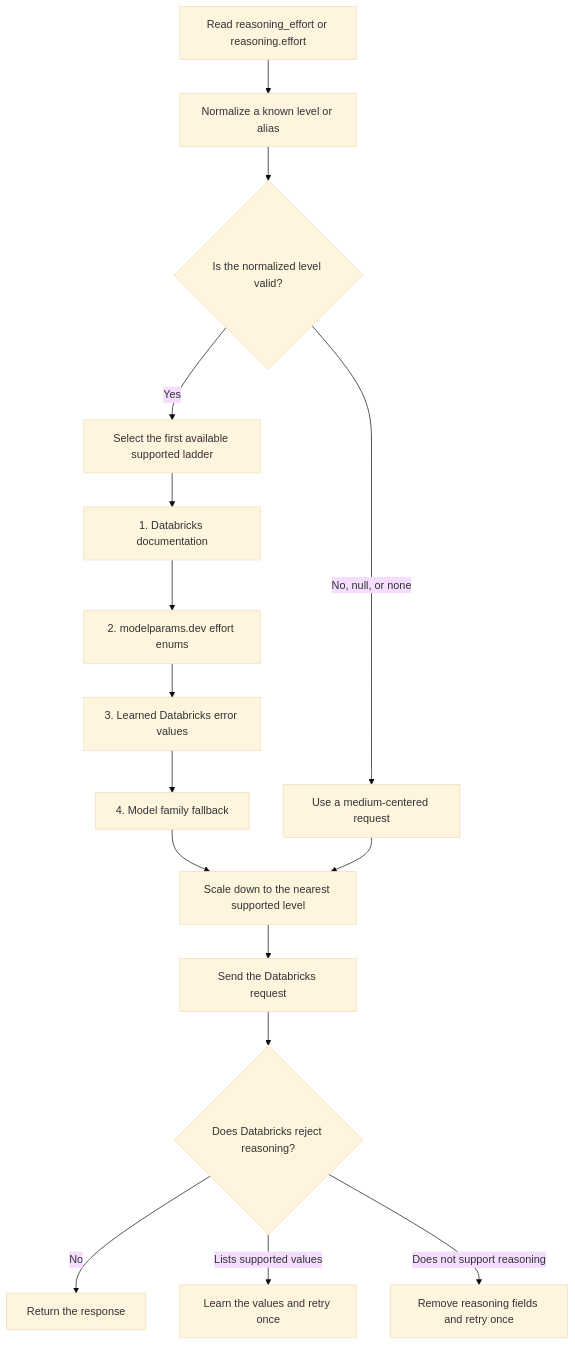
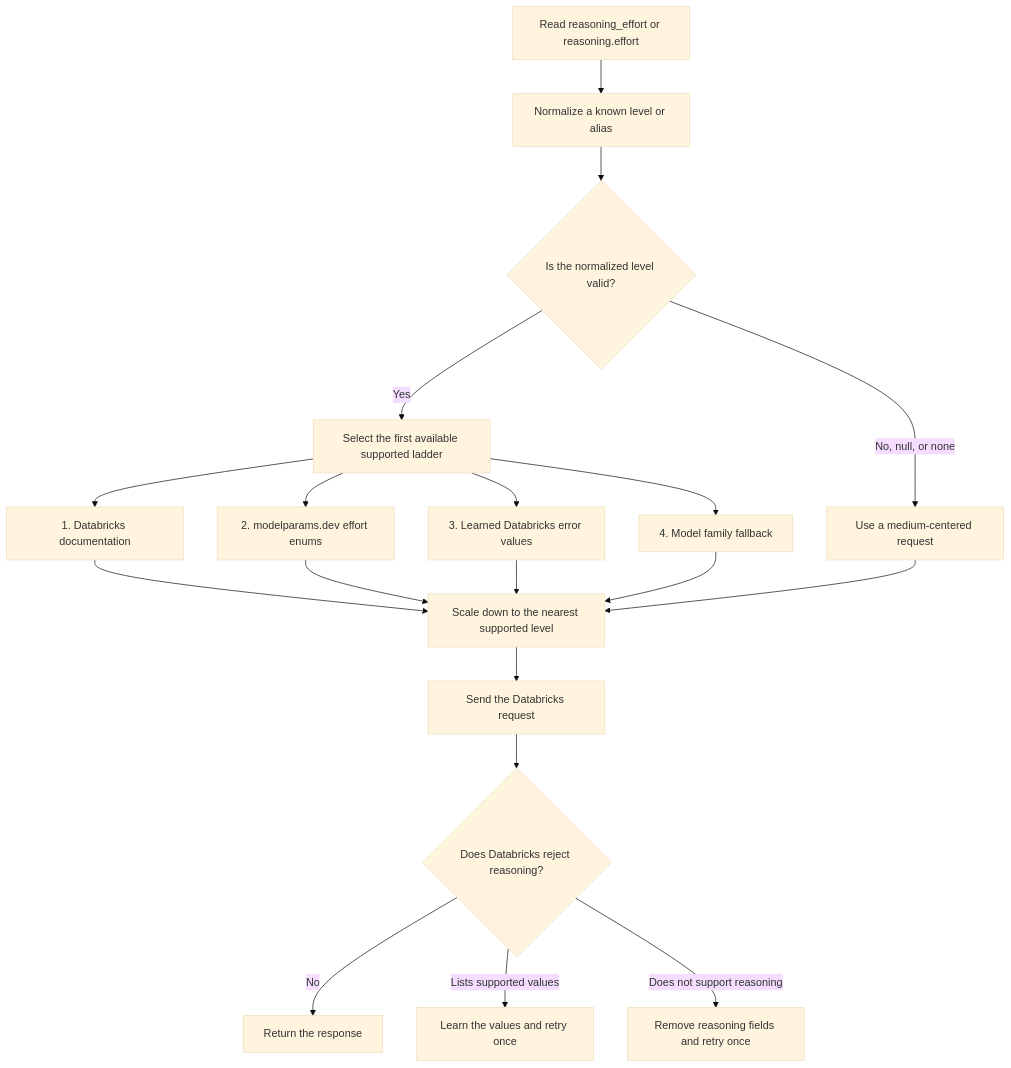
The second of 2 diagrams in docs/model-gateway.md (reggie-db/dbx-tools), drawn with Mermaid (base theme) before and after one commit. The commit also changed 15 other files, not shown here.

````diff
--- a/docs/model-gateway.md
+++ b/docs/model-gateway.md
@@ -99,20 +99,23 @@
 ```mermaid
 flowchart TD
     accTitle: Reasoning effort translation
     accDescr: The gateway normalizes reasoning effort, selects the first available supported ladder, scales down to a supported level, and retries once after a reasoning-specific Databricks error.
     start["Read reasoning_effort or reasoning.effort"] --> normalize["Normalize a known level or alias"]
     normalize --> valid{"Is the normalized level valid?"}
     valid -->|No, null, or none| centered["Use a medium-centered request"]
     valid -->|Yes| ladder["Select the first available supported ladder"]
     ladder --> docs["1. Databricks documentation"]
-    docs --> params["2. modelparams.dev effort enums"]
-    params --> learned["3. Learned Databricks error values"]
-    learned --> family["4. Model family fallback"]
-    family --> scale["Scale down to the nearest supported level"]
+    ladder --> params["2. modelparams.dev effort enums"]
+    ladder --> learned["3. Learned Databricks error values"]
+    ladder --> family["4. Model family fallback"]
+    docs --> scale["Scale down to the nearest supported level"]
+    params --> scale
+    learned --> scale
+    family --> scale
     centered --> scale
     scale --> send["Send the Databricks request"]
     send --> rejected{"Does Databricks reject reasoning?"}
     rejected -->|No| response["Return the response"]
     rejected -->|Lists supported values| learn["Learn the values and retry once"]
     rejected -->|Does not support reasoning| strip["Remove reasoning fields and retry once"]
 ```
````
